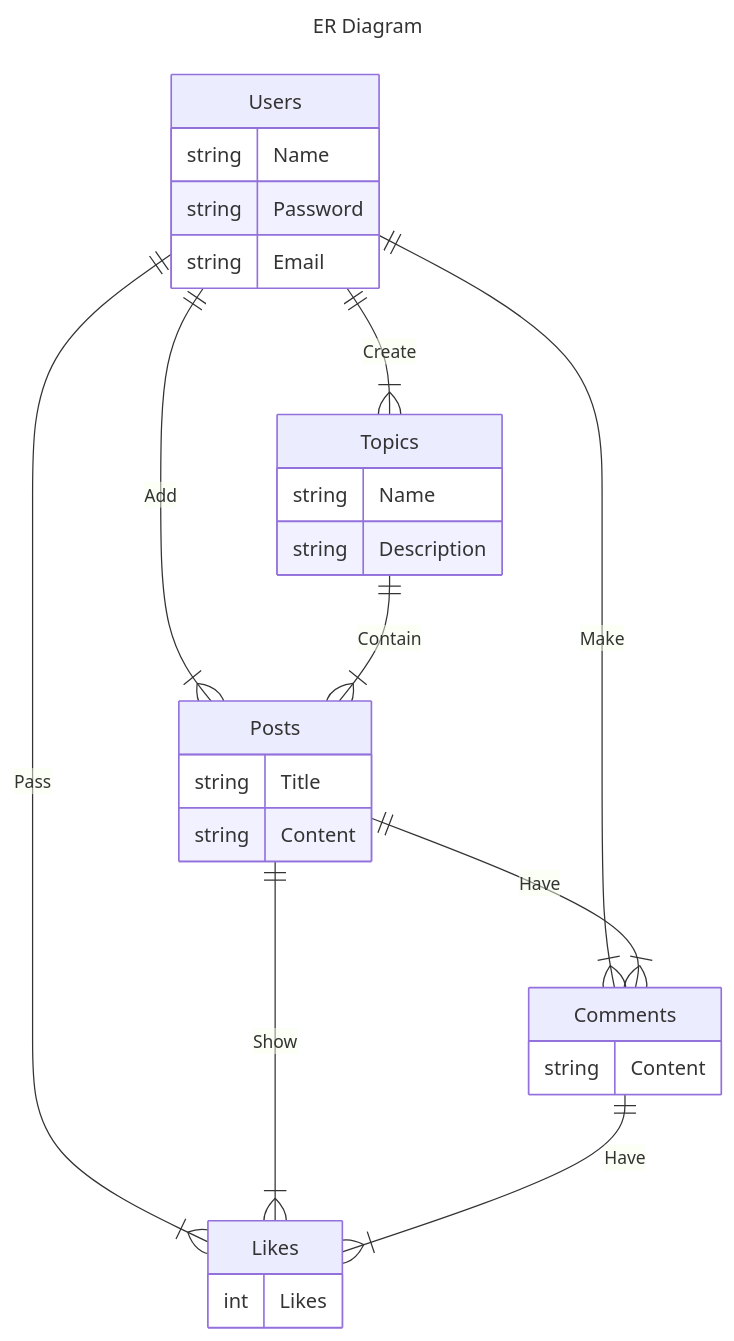
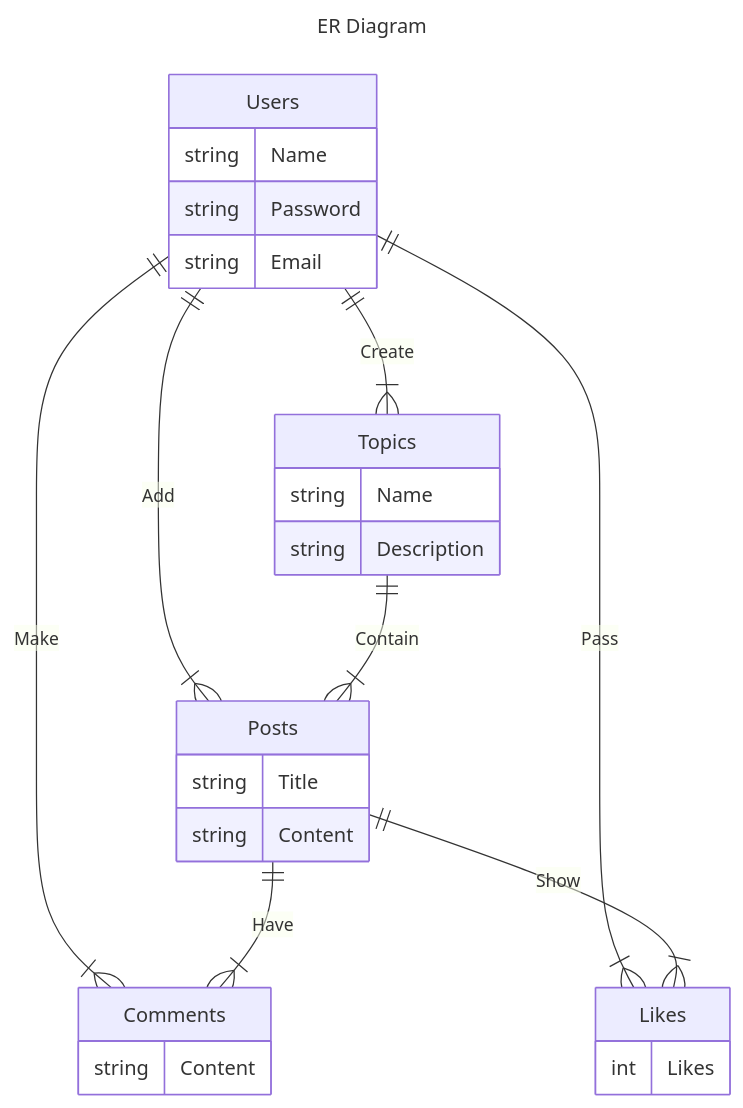
The diagram in forumApp/Diagrams/ERDiagram.mermaid (Jolvera2001/forum-app), drawn with Mermaid before and after one commit. The commit also changed 5 other files, not shown here.

```diff
--- a/forumApp/Diagrams/ERDiagram.mermaid
+++ b/forumApp/Diagrams/ERDiagram.mermaid
@@ -1,33 +1,32 @@
 ---
 title: ER Diagram
 ---
 erDiagram
     t[Topics] {
         string Name
         string Description
     }
     p[Posts] {
         string Title
         string Content
     }
     c[Comments] {
         string Content
     }
     l[Likes] {
         int Likes
     }
     x[Users] {
         string Name
         string Password
         string Email
     }
     
     x ||--|{ t : Create
     x ||--|{ p : Add
     x ||--|{ c : Make
     t ||--|{ p : Contain
     p ||--|{ c : Have
     
     x ||--|{ l : Pass
     p ||--|{ l : Show
-    c ||--|{ l : Have
```
